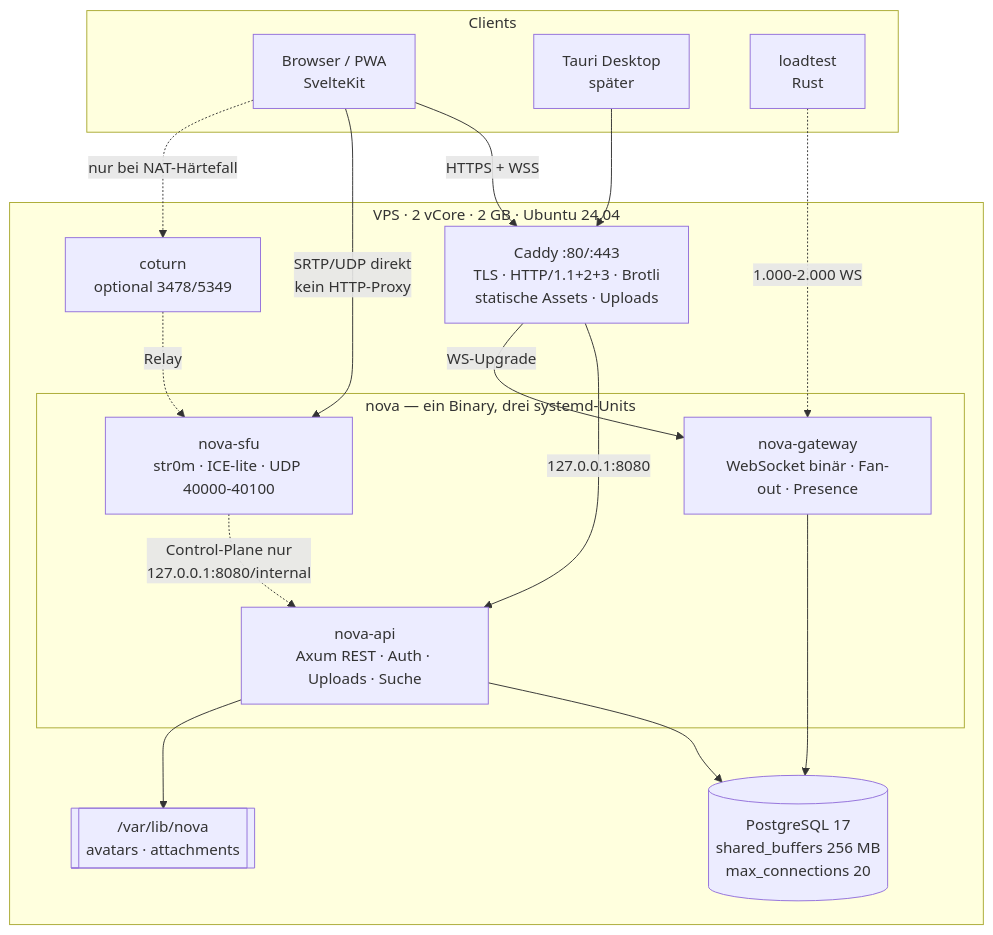
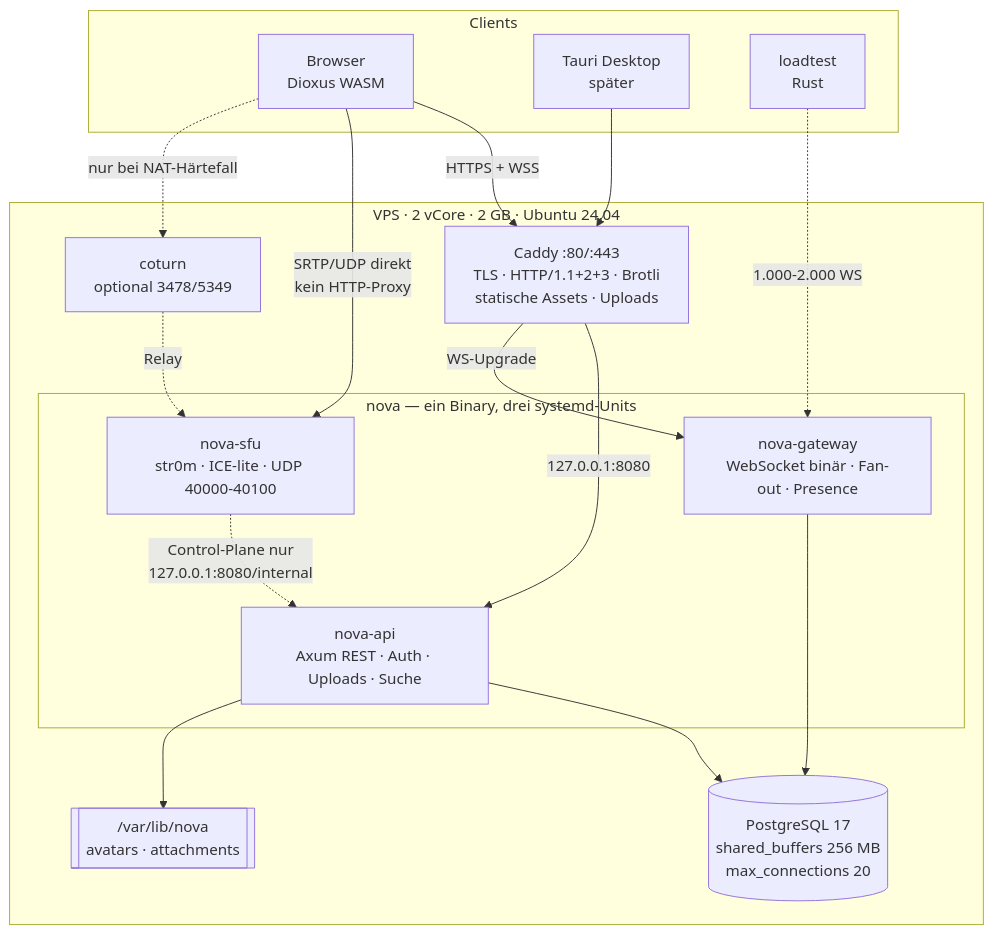
One commit to pupserjapi7-crypto/discord-clone- changed the first of 5 diagrams in docs/01-architecture.md. Above: the diagram before and after it, drawn with Mermaid. The commit also changed other lines of this file and 50 other files, not shown here.

````diff
--- a/docs/01-architecture.md
+++ b/docs/01-architecture.md
@@ -69,33 +73,33 @@
 ```mermaid
 flowchart TB
   subgraph CL["Clients"]
-    WEB["Browser / PWA<br/>SvelteKit"]
+    WEB["Browser<br/>Dioxus WASM"]
     DESK["Tauri Desktop<br/>später"]
     LOAD["loadtest<br/>Rust"]
   end
 
   subgraph VPS["VPS · 2 vCore · 2 GB · Ubuntu 24.04"]
     CADDY["Caddy :80/:443<br/>TLS · HTTP/1.1+2+3 · Brotli<br/>statische Assets · Uploads"]
     subgraph NOVA["nova — ein Binary, drei systemd-Units"]
       API["nova-api<br/>Axum REST · Auth · Uploads · Suche"]
       GW["nova-gateway<br/>WebSocket binär · Fan-out · Presence"]
       SFU["nova-sfu<br/>str0m · ICE-lite · UDP 40000-40100"]
     end
     PG[("PostgreSQL 17<br/>shared_buffers 256 MB<br/>max_connections 20")]
     DISK[["/var/lib/nova<br/>avatars · attachments"]]
     TURN["coturn<br/>optional 3478/5349"]
   end
 
   WEB -->|"HTTPS + WSS"| CADDY
   WEB -->|"SRTP/UDP direkt<br/>kein HTTP-Proxy"| SFU
   DESK --> CADDY
   LOAD -.->|"1.000-2.000 WS"| GW
   CADDY -->|"127.0.0.1:8080"| API
   CADDY -->|"WS-Upgrade"| GW
   API --> PG
   GW --> PG
   API --> DISK
   SFU -.->|"Control-Plane nur<br/>127.0.0.1:8080/internal"| API
   WEB -.->|"nur bei NAT-Härtefall"| TURN
   TURN -.->|"Relay"| SFU
 ```
````
